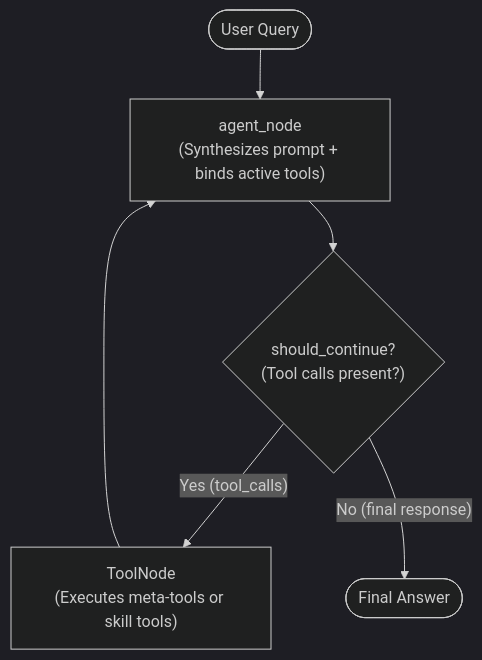
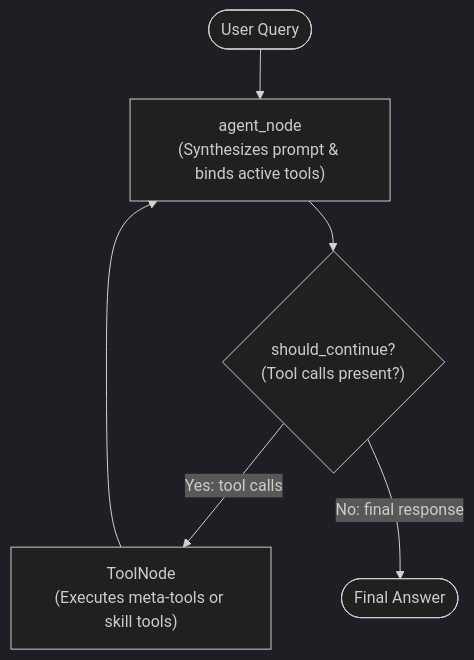
One commit to ConceptCodes/langgraph-skills changed the diagram in README.md. Above: the diagram before and after it, drawn with Mermaid (dark theme).

Commit message:
fix(docs): resolve GitHub Mermaid diagram rendering error in README.md

````diff
--- a/README.md
+++ b/README.md
@@ -106,8 +106,8 @@
 ```mermaid
 flowchart TD
-    START([User Query]) --> AgentNode["agent_node\n(Synthesizes prompt + binds active tools)"]
-    AgentNode --> Router{"should_continue?\n(Tool calls present?)"}
-    Router -- "Yes (tool_calls)" --> ToolNode["ToolNode\n(Executes meta-tools or skill tools)"]
-    ToolNode --> AgentNode
-    Router -- "No (final response)" --> END([Final Answer])
+    start_node(["User Query"]) --> agent_node["agent_node<br/>(Synthesizes prompt & binds active tools)"]
+    agent_node --> router_decision{"should_continue?<br/>(Tool calls present?)"}
+    router_decision -->|Yes: tool calls| tool_node["ToolNode<br/>(Executes meta-tools or skill tools)"]
+    tool_node --> agent_node
+    router_decision -->|No: final response| end_node(["Final Answer"])
 ```
````
